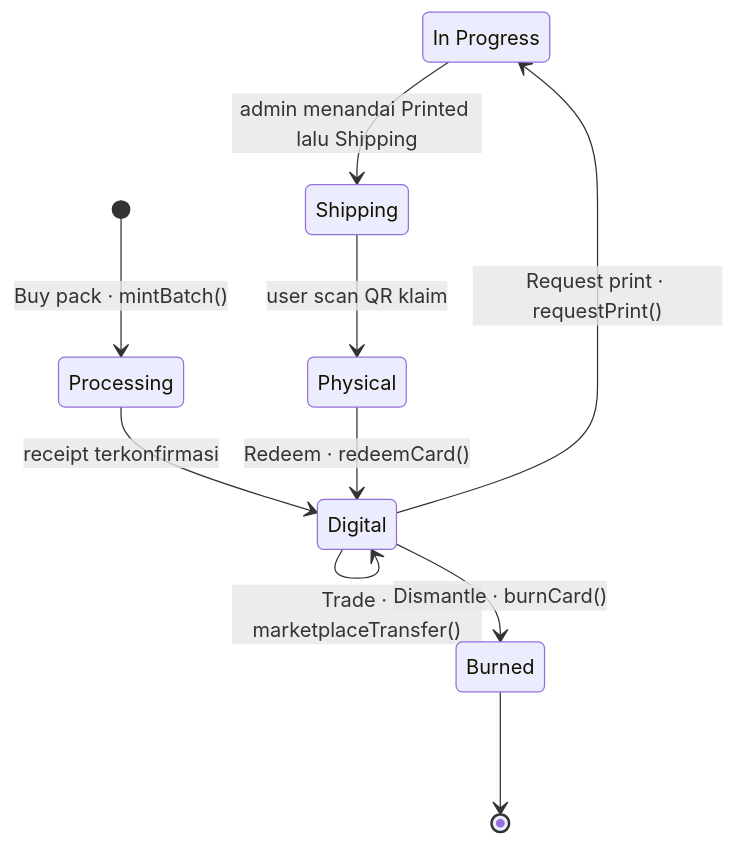
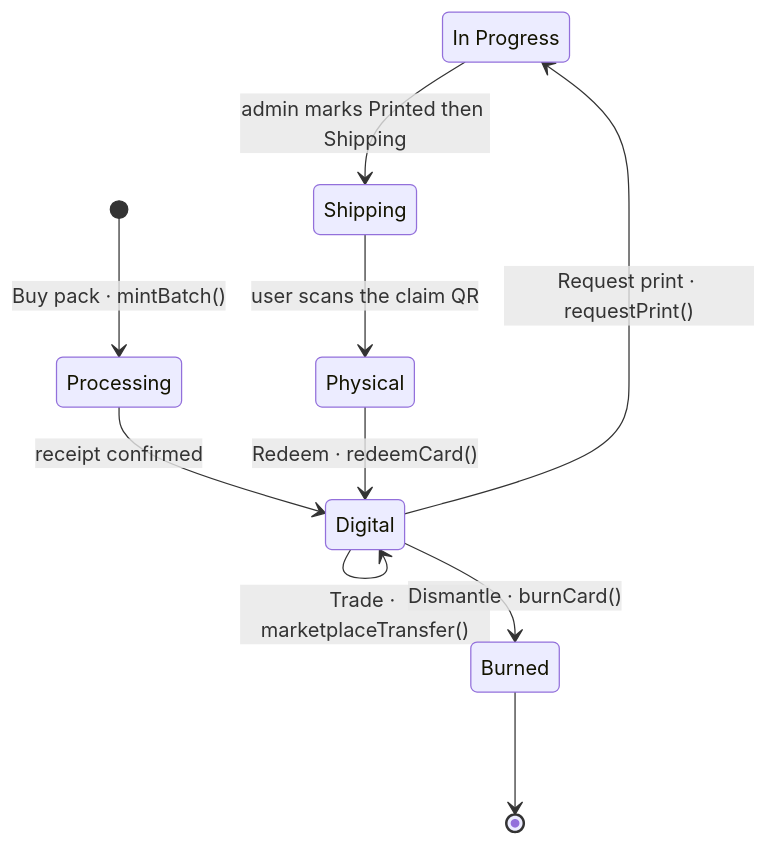
Before and after one commit to Gihasy/Gachard: the third of 4 diagrams in README.md, drawn with Mermaid. The commit also changed other lines of this file, not shown here.

````diff
--- a/README.md
+++ b/README.md
@@ -180,17 +180,17 @@
 ```mermaid
 stateDiagram-v2
     state "In Progress" as InProgress
 
     [*] --> Processing: Buy pack · mintBatch()
-    Processing --> Digital: receipt terkonfirmasi
+    Processing --> Digital: receipt confirmed
 
     Digital --> Digital: Trade · marketplaceTransfer()
 
     Digital --> InProgress: Request print · requestPrint()
-    InProgress --> Shipping: admin menandai Printed lalu Shipping
-    Shipping --> Physical: user scan QR klaim
+    InProgress --> Shipping: admin marks Printed then Shipping
+    Shipping --> Physical: user scans the claim QR
     Physical --> Digital: Redeem · redeemCard()
 
     Digital --> Burned: Dismantle · burnCard()
     Burned --> [*]
 ```
````
